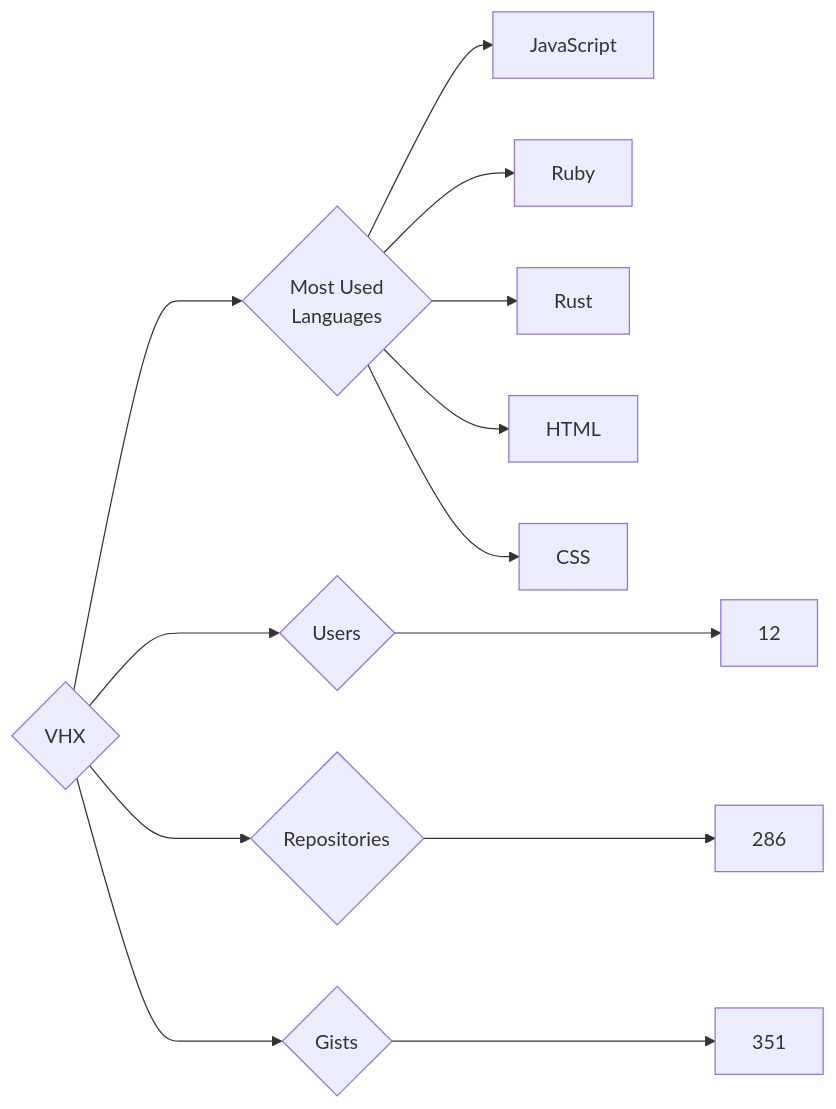
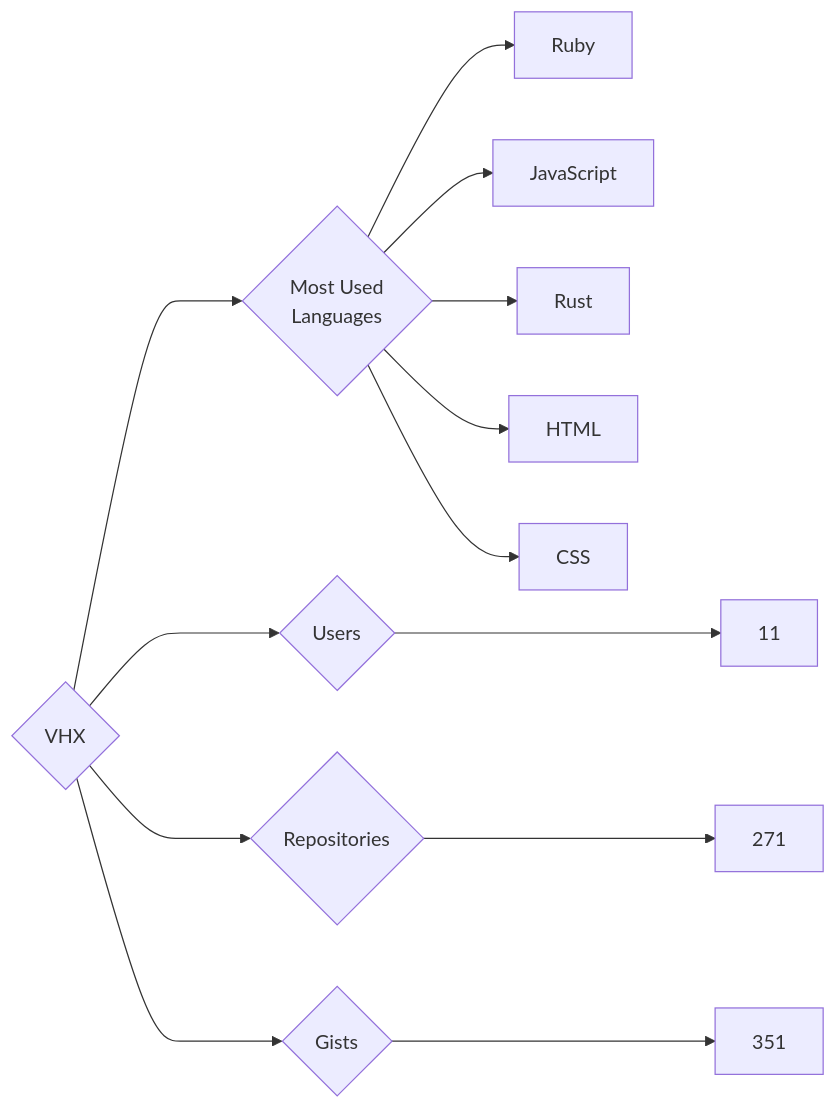
One commit to trickest/insiders changed the diagram in targets/VHX/README.md. Above: the diagram before and after it, drawn with Mermaid. The commit also changed 1508 other files, not shown here.

````diff
--- a/targets/VHX/README.md
+++ b/targets/VHX/README.md
@@ -3,13 +3,13 @@
 ```mermaid
 graph LR
 COMPANY_NAME{VHX}
-COMPANY_NAME ---> U{Users} ---> UN[12]
-COMPANY_NAME ---> R{Repositories} ---> RN[286]
+COMPANY_NAME ---> U{Users} ---> UN[11]
+COMPANY_NAME ---> R{Repositories} ---> RN[271]
 COMPANY_NAME ---> G{Gists} ---> GN[351]
 COMPANY_NAME ---> ML{Most Used<br>Languages}
+ML --> Ruby[Ruby]
 ML --> JavaScript[JavaScript]
-ML --> Ruby[Ruby]
 ML --> Rust[Rust]
 ML --> HTML[HTML]
 ML --> CSS[CSS]
 ```
````
